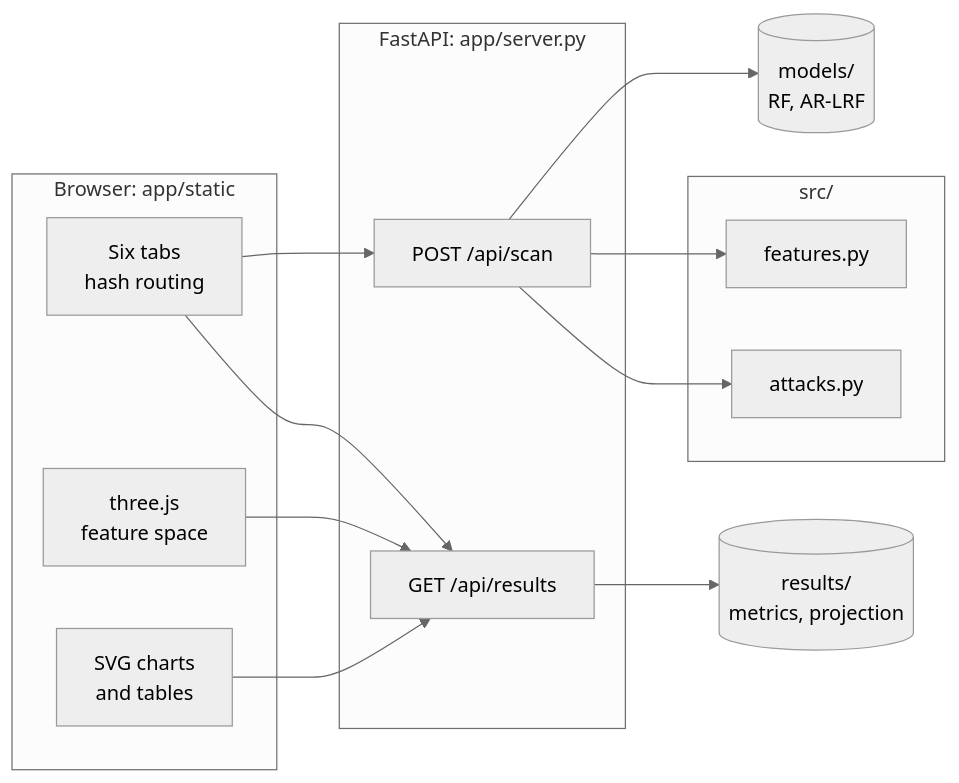
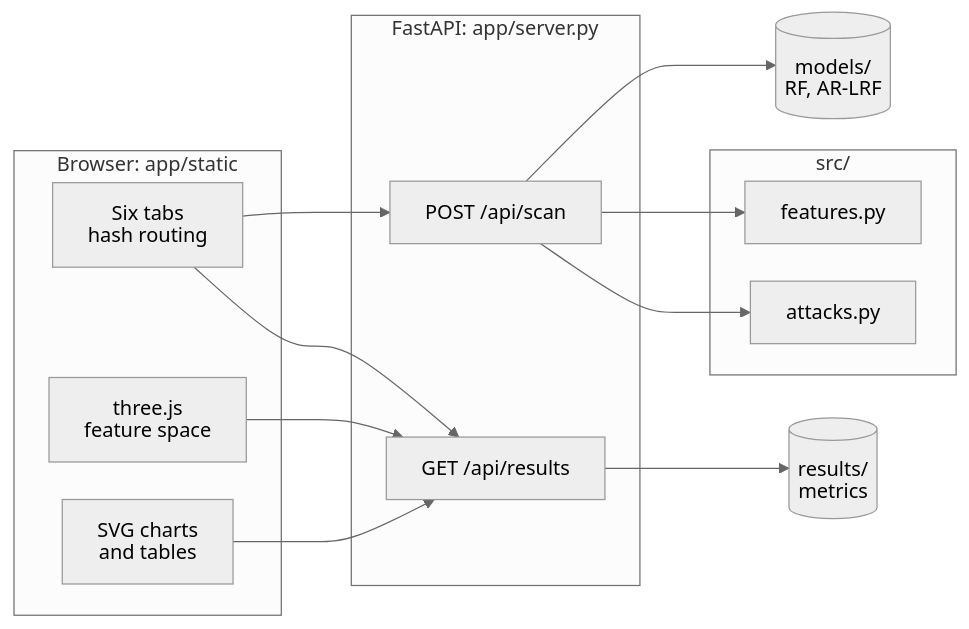
One commit to abhishek-pandey7/Hybrid-Supervised-Unsupervised-Intrusion-Detection-with-Hash-Chained-Audit-Logging changed the fourth of 5 diagrams in README.md. Above: the diagram before and after it, drawn with Mermaid (neutral theme). The commit also changed other lines of this file, not shown here.

Commit message:
Fix clipped labels in README Mermaid diagrams

````diff
--- a/README.md
+++ b/README.md
@@ -256,26 +258,27 @@
 ```mermaid
+%%{init: {"htmlLabels": false, "markdownAutoWrap": false, "flowchart": {"htmlLabels": false, "wrappingWidth": 480, "nodeSpacing": 30, "rankSpacing": 56, "padding": 14}}}%%
 flowchart LR
     subgraph browser["Browser: app/static"]
         tabs["Six tabs<br/>hash routing"]
         space["three.js<br/>feature space"]
         charts["SVG charts<br/>and tables"]
     end
     subgraph api["FastAPI: app/server.py"]
         results["GET /api/results"]
         scan["POST /api/scan"]
     end
     subgraph core["src/"]
         features["features.py"]
         attacks["attacks.py"]
     end
-    files[("results/<br/>metrics, projection")]
+    files[("results/<br/>metrics")]
     models[("models/<br/>RF, AR-LRF")]
     tabs --> results
     tabs --> scan
     space --> results
     charts --> results
     results --> files
     scan --> attacks
     scan --> features
     scan --> models
 ```
````
